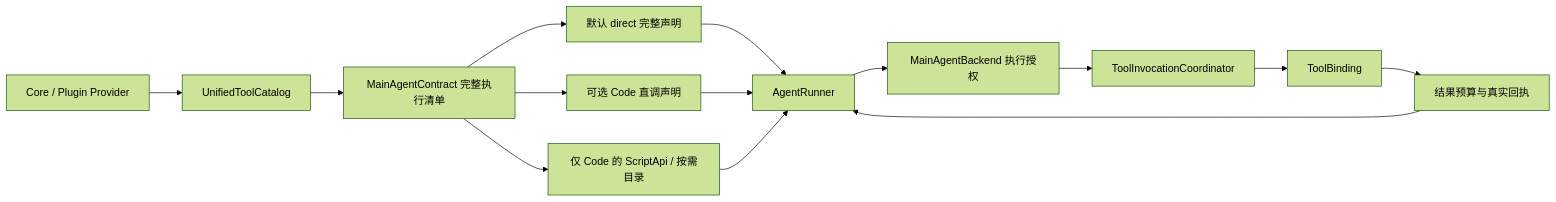
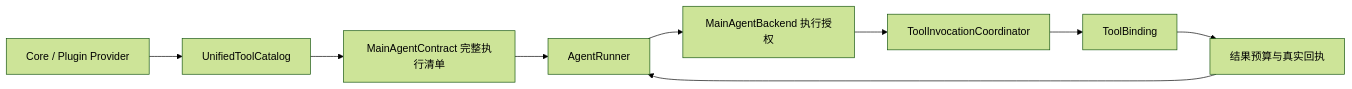
One commit to YuanYeYouTao/Yuki changed the diagram in docs/architecture/tool-kernel.md. Above: the diagram before and after it, drawn with Mermaid (forest theme). The commit also changed other lines of this file and 141 other files, not shown here.

````diff
--- a/docs/architecture/tool-kernel.md
+++ b/docs/architecture/tool-kernel.md
@@ -75,16 +67,11 @@
 ```mermaid
 flowchart LR
   P[Core / Plugin Provider] --> D[UnifiedToolCatalog]
   D --> F[MainAgentContract 完整执行清单]
-  F --> V[默认 direct 完整声明]
-  F --> C[可选 Code 直调声明]
-  F --> S[仅 Code 的 ScriptApi / 按需目录]
-  V --> A[AgentRunner]
-  C --> A
-  S --> A
+  F --> A[AgentRunner]
   A --> E[MainAgentBackend 执行授权]
   E --> I[ToolInvocationCoordinator]
   I --> B[ToolBinding]
   B --> R[结果预算与真实回执]
   R --> A
 ```
````
